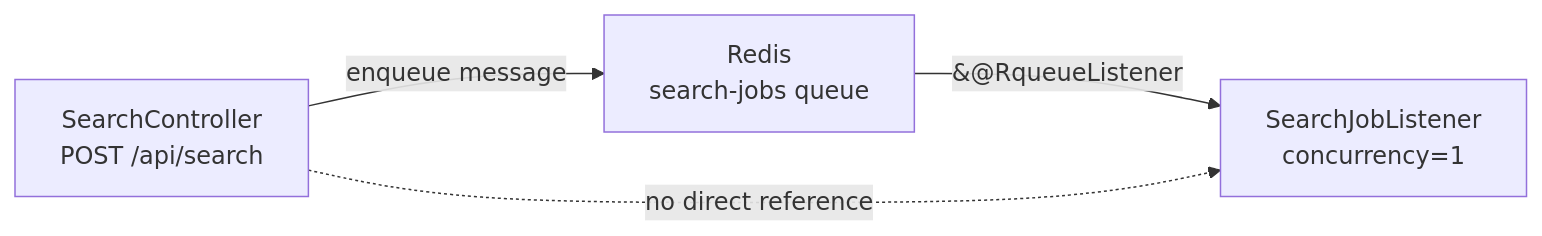
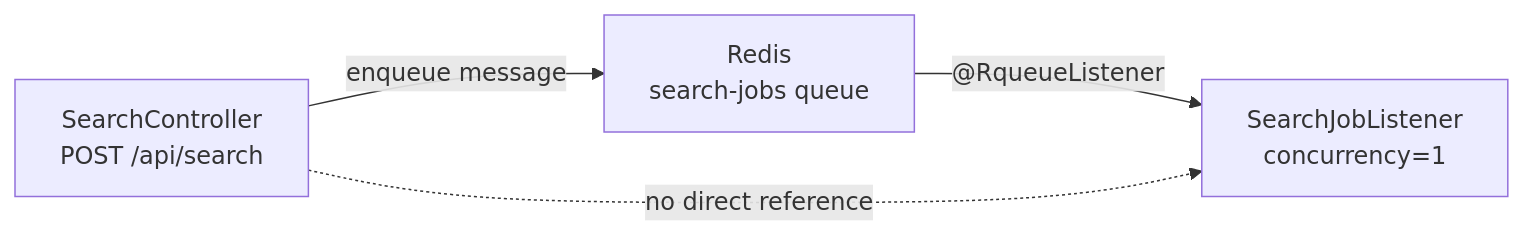
One commit to anubhavbagri/CrowdLens changed the tenth of 31 diagrams in architecture.md. Above: the diagram before and after it, drawn with Mermaid. The commit also changed other lines of this file and 1 other file, not shown here.

Commit message:
fix diagrams

````diff
--- a/architecture.md
+++ b/architecture.md
@@ -451,6 +450,6 @@
 ```mermaid
 flowchart LR
-    SC["SearchController\nPOST /api/search"] -->|enqueue message| Redis["Redis\nsearch-jobs queue"]
-    Redis -->|"&#64;RqueueListener"| SJL["SearchJobListener\nconcurrency=1"]
+    SC["SearchController<br>POST /api/search"] -->|enqueue message| Redis["Redis<br>search-jobs queue"]
+    Redis -->|"@RqueueListener"| SJL["SearchJobListener<br>concurrency=1"]
     SC -.->|no direct reference| SJL
 ```
````
